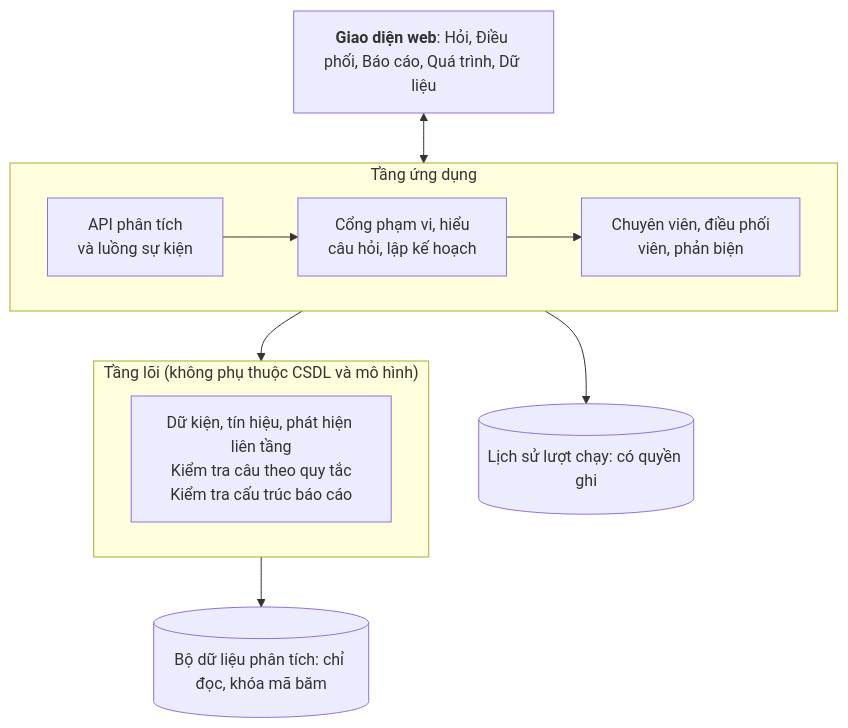
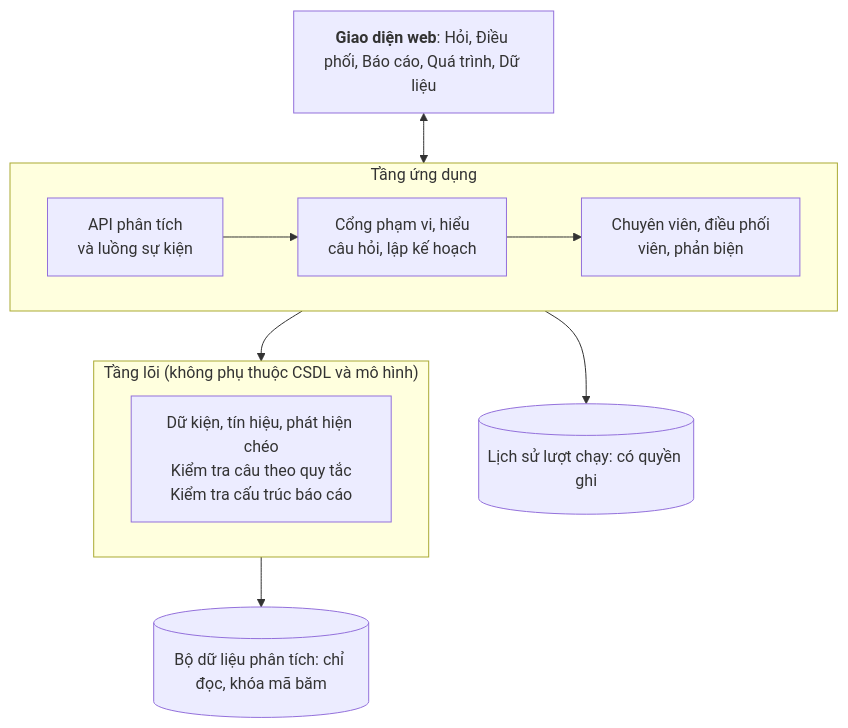
Before and after one commit to thaicuong576/final-thesis: the first of 3 diagrams in docs/thesis-v2/chuong-4-thiet-ke-trien-khai.md, drawn with Mermaid. The commit also changed other lines of this file and 25 other files, not shown here.

````diff
--- a/docs/thesis-v2/chuong-4-thiet-ke-trien-khai.md
+++ b/docs/thesis-v2/chuong-4-thiet-ke-trien-khai.md
@@ -13,20 +27,20 @@
 ```mermaid
 flowchart TB
     UI["<b>Giao diện web</b>: Hỏi, Điều phối, Báo cáo, Quá trình, Dữ liệu"]
     subgraph App ["Tầng ứng dụng"]
         direction LR
         API["API phân tích<br/>và luồng sự kiện"]
         GATE["Cổng phạm vi, hiểu<br/>câu hỏi, lập kế hoạch"]
         AG["Chuyên viên, điều phối<br/>viên, phản biện"]
         API --> GATE --> AG
     end
     subgraph Core ["Tầng lõi (không phụ thuộc CSDL và mô hình)"]
-        CORE["Dữ kiện, tín hiệu, phát hiện liên tầng<br/>Kiểm tra câu theo quy tắc<br/>Kiểm tra cấu trúc báo cáo"]
+        CORE["Dữ kiện, tín hiệu, phát hiện chéo<br/>Kiểm tra câu theo quy tắc<br/>Kiểm tra cấu trúc báo cáo"]
     end
     DB[("Bộ dữ liệu phân tích: chỉ đọc, khóa mã băm")]
     RUNS[("Lịch sử lượt chạy: có quyền ghi")]
     UI <--> App
     App --> Core
     Core --> DB
     App --> RUNS
 ```
````
